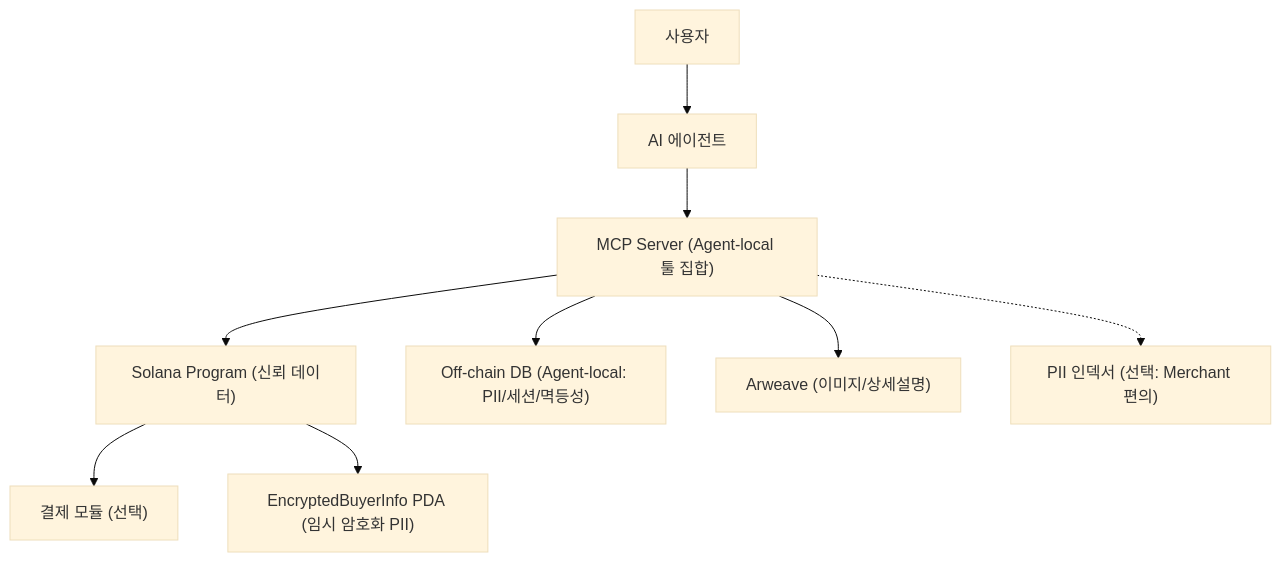
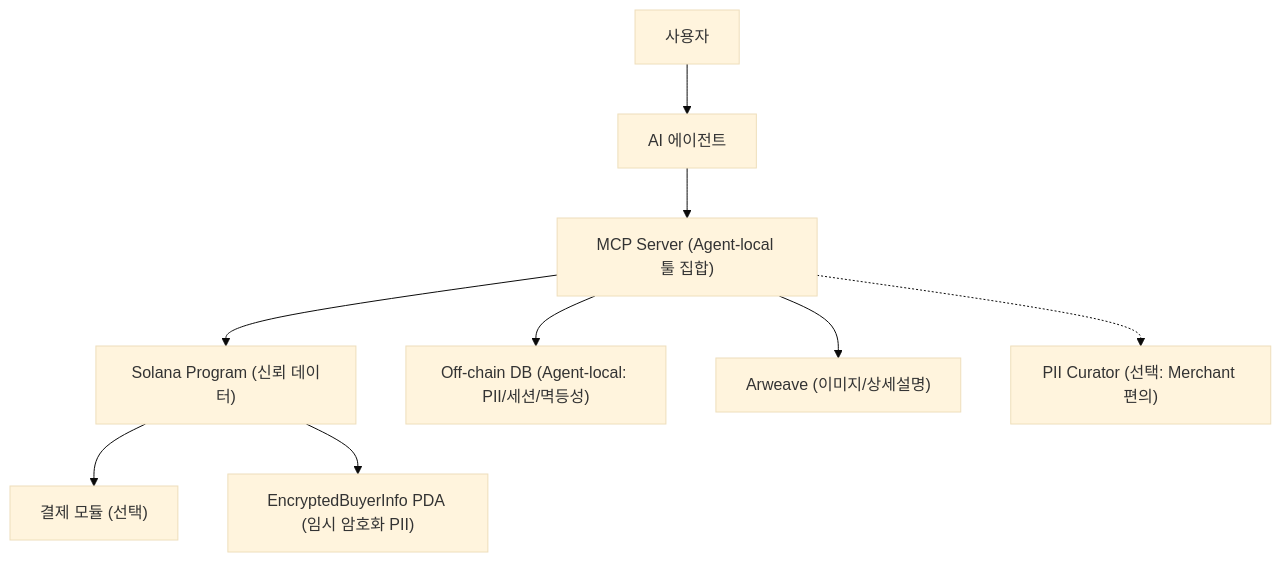
One commit to hayden-02055/interlude changed the first of 3 diagrams in docs/01-architecture.md. Above: the diagram before and after it, drawn with Mermaid (base theme). The commit also changed other lines of this file and 9 other files, not shown here.

````diff
--- a/docs/01-architecture.md
+++ b/docs/01-architecture.md
@@ -32,11 +32,11 @@
 ```mermaid
 flowchart TB
   U["사용자"] --> A["AI 에이전트"]
   A --> M["MCP Server (Agent-local 툴 집합)"]
   M --> S["Solana Program (신뢰 데이터)"]
   M --> D["Off-chain DB (Agent-local: PII/세션/멱등성)"]
   M --> W["Arweave (이미지/상세설명)"]
   S --> P["결제 모듈 (선택)"]
   S --> E["EncryptedBuyerInfo PDA (임시 암호화 PII)"]
-  M -.-> I["PII 인덱서 (선택: Merchant 편의)"]
+  M -.-> I["PII Curator (선택: Merchant 편의)"]
 ```
````
